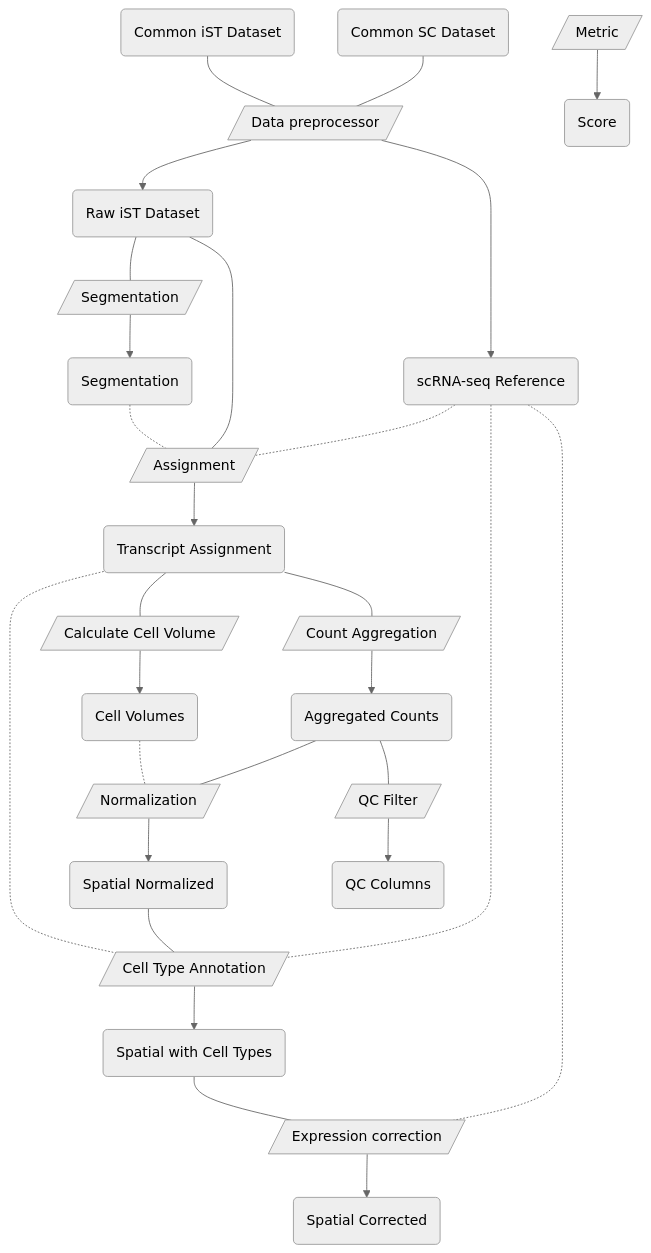
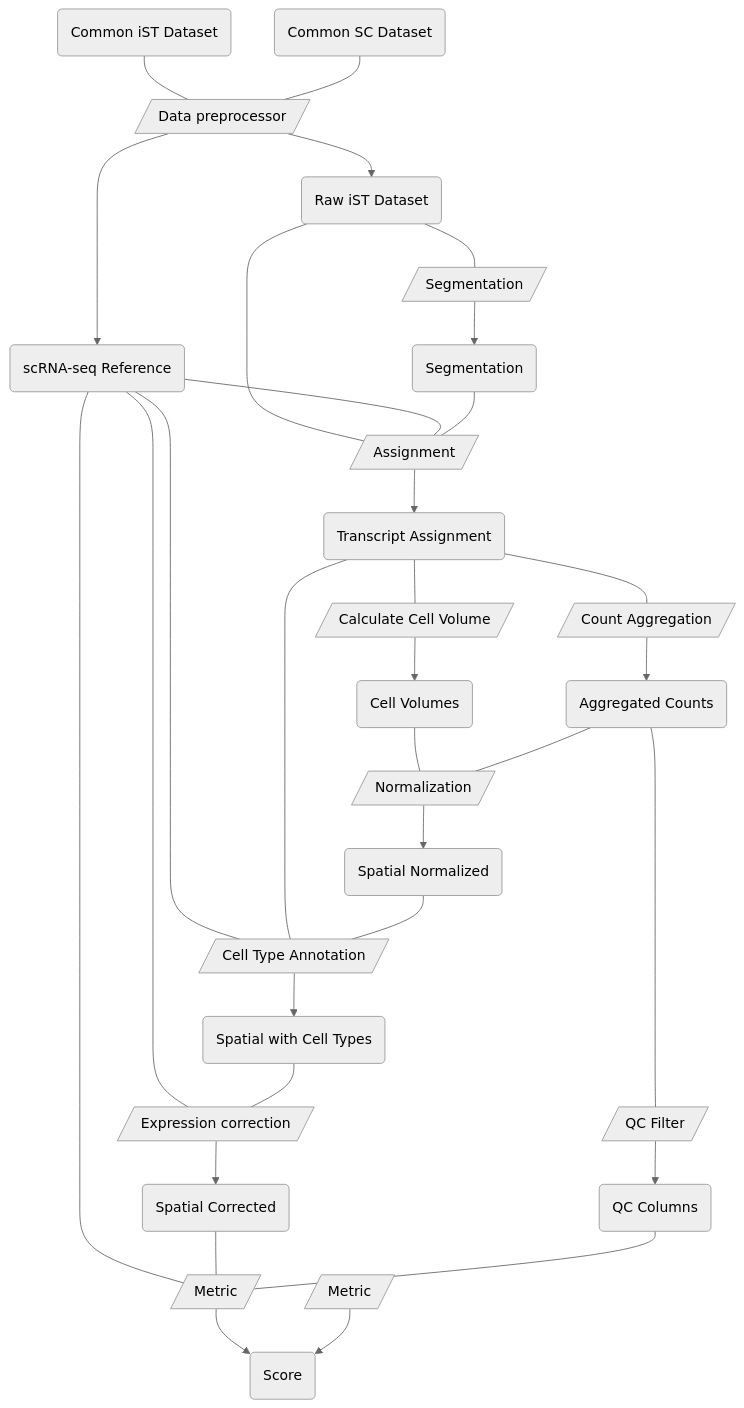
The diagram in README.md (openproblems-bio/task_ist_preprocessing), drawn with Mermaid (neutral theme) before and after one commit. The commit also changed other lines of this file and 61 other files, not shown here.

````diff
--- a/README.md
+++ b/README.md
@@ -40,53 +40,58 @@
 ``` mermaid
 flowchart TB
   file_common_ist("Common iST Dataset")
   comp_data_preprocessor[/"Data preprocessor"/]
   file_raw_ist("Raw iST Dataset")
   file_scrnaseq_reference("scRNA-seq Reference")
   comp_method_segmentation[/"Segmentation"/]
   comp_method_transcript_assignment[/"Assignment"/]
   comp_method_cell_type_annotation[/"Cell Type Annotation"/]
   comp_method_expression_correction[/"Expression correction"/]
+  comp_metric_similarity[/"Metric"/]
   file_segmentation("Segmentation")
   file_transcript_assignments("Transcript Assignment")
   file_spatial_with_cell_types("Spatial with Cell Types")
   file_spatial_corrected_counts("Spatial Corrected")
+  file_score("Score")
   comp_method_calculate_cell_volume[/"Calculate Cell Volume"/]
   comp_method_count_aggregation[/"Count Aggregation"/]
   file_cell_volumes("Cell Volumes")
   file_spatial_aggregated_counts("Aggregated Counts")
   comp_method_normalization[/"Normalization"/]
   comp_method_qc_filter[/"QC Filter"/]
   file_spatial_normalized_counts("Spatial Normalized")
   file_spatial_qc_col("QC Columns")
   file_common_scrnaseq("Common SC Dataset")
-  file_score("Score")
   comp_metric[/"Metric"/]
   file_common_ist---comp_data_preprocessor
   comp_data_preprocessor-->file_raw_ist
   comp_data_preprocessor-->file_scrnaseq_reference
   file_raw_ist---comp_method_segmentation
   file_raw_ist---comp_method_transcript_assignment
-  file_scrnaseq_reference-.-comp_method_transcript_assignment
-  file_scrnaseq_reference-.-comp_method_cell_type_annotation
-  file_scrnaseq_reference-.-comp_method_expression_correction
+  file_scrnaseq_reference---comp_method_transcript_assignment
+  file_scrnaseq_reference---comp_method_cell_type_annotation
+  file_scrnaseq_reference---comp_method_expression_correction
+  file_scrnaseq_reference---comp_metric_similarity
   comp_method_segmentation-->file_segmentation
   comp_method_transcript_assignment-->file_transcript_assignments
   comp_method_cell_type_annotation-->file_spatial_with_cell_types
   comp_method_expression_correction-->file_spatial_corrected_counts
-  file_segmentation-.-comp_method_transcript_assignment
-  file_transcript_assignments-.-comp_method_cell_type_annotation
+  comp_metric_similarity-->file_score
+  file_segmentation---comp_method_transcript_assignment
+  file_transcript_assignments---comp_method_cell_type_annotation
   file_transcript_assignments---comp_method_calculate_cell_volume
   file_transcript_assignments---comp_method_count_aggregation
   file_spatial_with_cell_types---comp_method_expression_correction
+  file_spatial_corrected_counts---comp_metric_similarity
   comp_method_calculate_cell_volume-->file_cell_volumes
   comp_method_count_aggregation-->file_spatial_aggregated_counts
-  file_cell_volumes-.-comp_method_normalization
+  file_cell_volumes---comp_method_normalization
   file_spatial_aggregated_counts---comp_method_normalization
   file_spatial_aggregated_counts---comp_method_qc_filter
   comp_method_normalization-->file_spatial_normalized_counts
   comp_method_qc_filter-->file_spatial_qc_col
   file_spatial_normalized_counts---comp_method_cell_type_annotation
+  file_spatial_qc_col---comp_metric_similarity
   file_common_scrnaseq---comp_data_preprocessor
   comp_metric-->file_score
 ```
````
